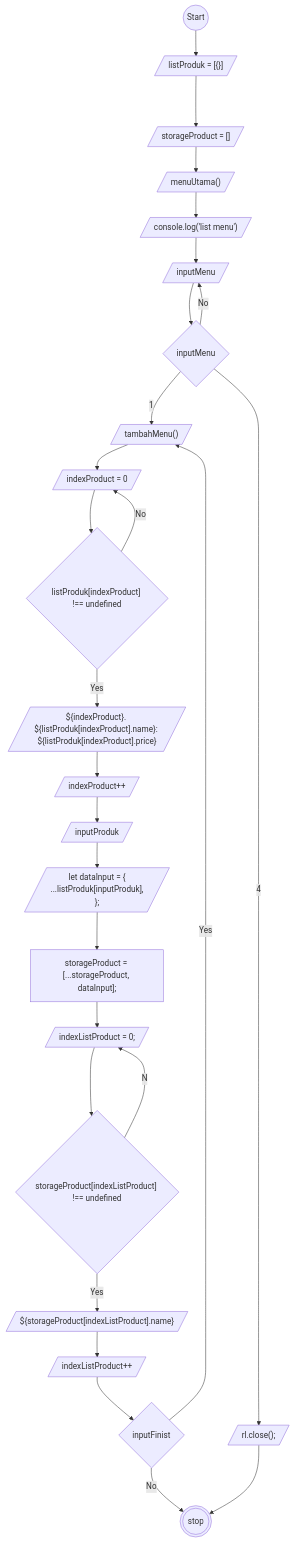
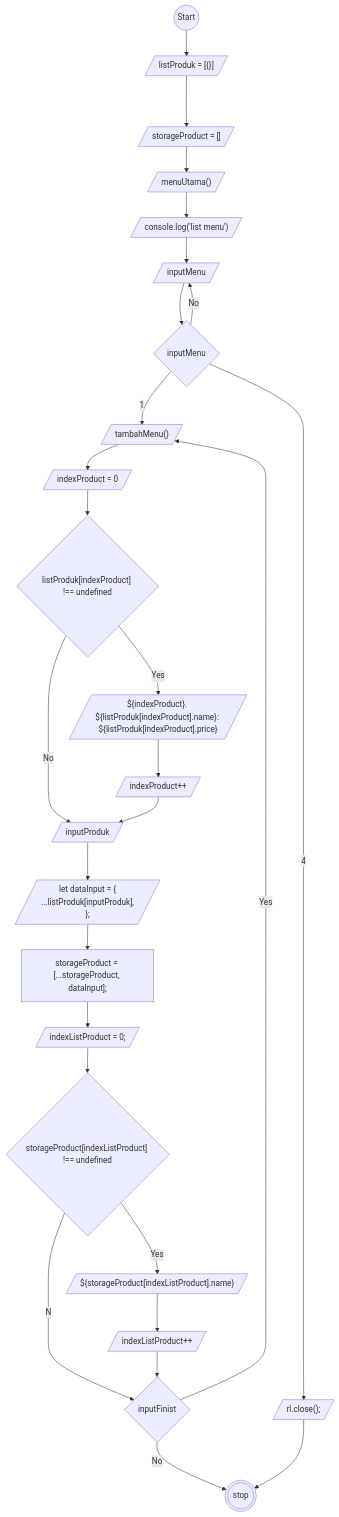
The diagram in flowchartTambahMenu.md (ariekas/koda-b4-JavaScript2), drawn with Mermaid before and after one commit.

````diff
--- a/flowchartTambahMenu.md
+++ b/flowchartTambahMenu.md
@@ -1,66 +1,56 @@
 ```mermaid
 
 flowchart TD
 A@{shape: circle, label: "Start"}
 B@{shape: lean-r, label: "listProduk = [{}]" }
 C@{shape: lean-r, label: "storageProduct = []" }
 D@{shape: lean-r, label: "menuUtama()" }
 E@{shape: lean-r, label: "console.log('list menu')" }
 F@{shape: lean-r, label: "inputMenu" }
 G@{shape: diam, label: "inputMenu" }
 H@{shape: lean-r, label: "tambahMenu()" }
 I@{shape: lean-r, label: "indexProduct = 0" }
 J@{shape: diam, label: "listProduk[indexProduct] !== undefined" }
 K@{shape: lean-r, label: "${indexProduct}. ${listProduk[indexProduct].name}: ${listProduk[indexProduct].price}" }
 L@{shape: lean-r, label: "indexProduct++"}
 M@{shape: lean-r, label: "inputProduk"}
 N@{shape: lean-r, label: "let dataInput = {
       ...listProduk[inputProduk],
     };"}
 O@{shape: rect, label: "storageProduct = [...storageProduct, dataInput];"}
 P@{shape: lean-r, label: "indexListProduct = 0;"}
 Q@{shape: diam, label: "storageProduct[indexListProduct] !== undefined"}
 R@{shape: lean-r, label: "${storageProduct[indexListProduct].name}"}
 S@{shape: lean-r, label: "indexListProduct++"}
 T@{shape: diam, label: "inputFinist"}
 U@{shape: dbl-circ, label: "stop"}
 V@{shape : lean-r, label : "  rl.close();"}
 
-
-
-
-
-
 A--> B
 B---> C
 C --> D
 D --> E
 E --> F
 F --> G
 G -- 1 --> H
 G -- 4 --> V
 G -- No --> F
 H --> I
 I --> J
 J --Yes--> K
-J-- No --> I
+J-- No --> M
 K --> L
 L --> M
 M --> N
 N --> O
 O --> P
 P-->Q
 Q--Yes--> R
-Q--No--> P
+Q--No--> T
 R-->S
 S-->T
 T-- No -->U
 T -- Yes -->H 
 V --> U
 
-
-
-
-
-
 ```
````
